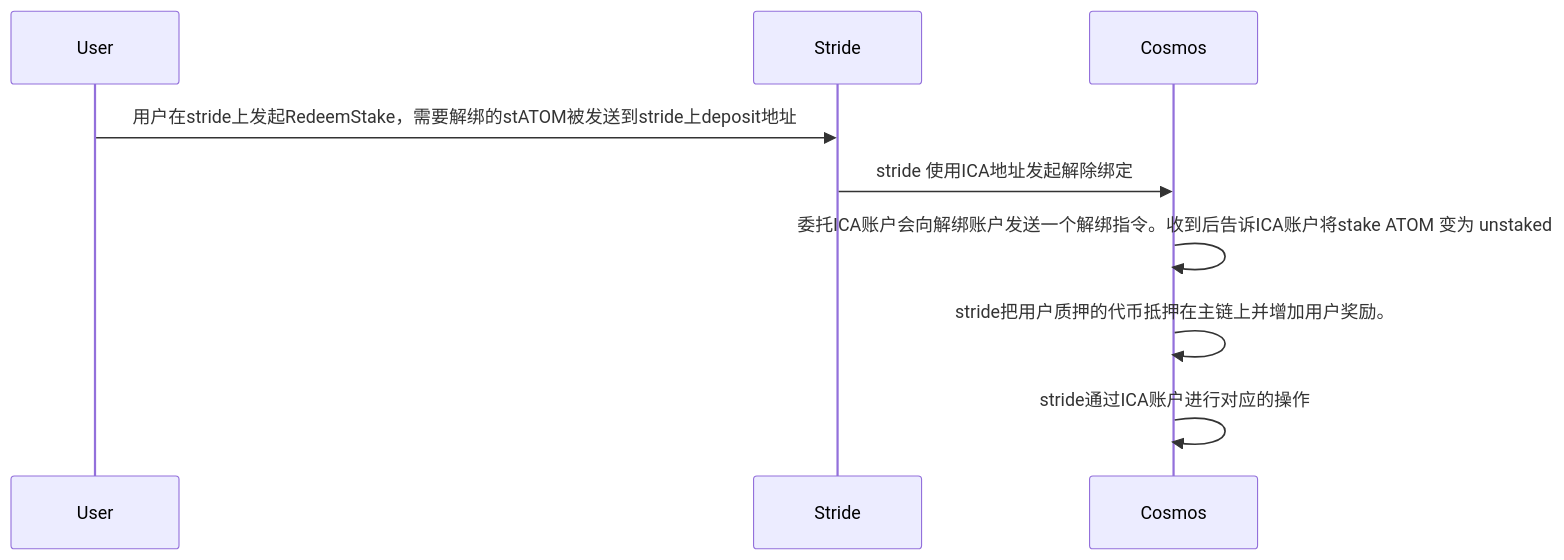
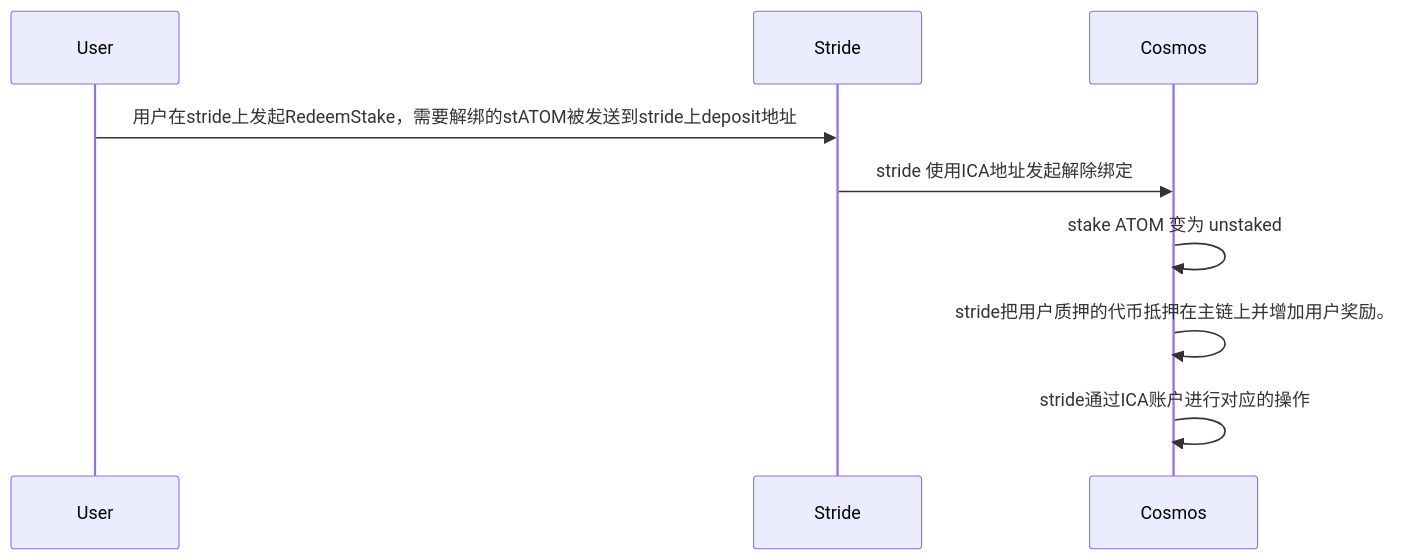
Before and after one commit to yingjianzh/iodraw-files: the diagram in all/unbonding.md, drawn with Mermaid.

Commit message:
2024-03-28 15:32:07 update

````diff
--- a/all/unbonding.md
+++ b/all/unbonding.md
@@ -1,9 +1,8 @@
 ```mermaid
 sequenceDiagram
     User->>Stride: 用户在stride上发起RedeemStake，需要解绑的stATOM被发送到stride上deposit地址
     Stride->>Cosmos: stride 使用ICA地址发起解除绑定
-
-    Cosmos->>Cosmos: 委托ICA账户会向解绑账户发送一个解绑指令。收到后告诉ICA账户将stake ATOM 变为 unstaked
+    Cosmos->>Cosmos: stake ATOM 变为 unstaked
     Cosmos->>Cosmos: stride把用户质押的代币抵押在主链上并增加用户奖励。
     Cosmos->>Cosmos: stride通过ICA账户进行对应的操作
 ```
````
